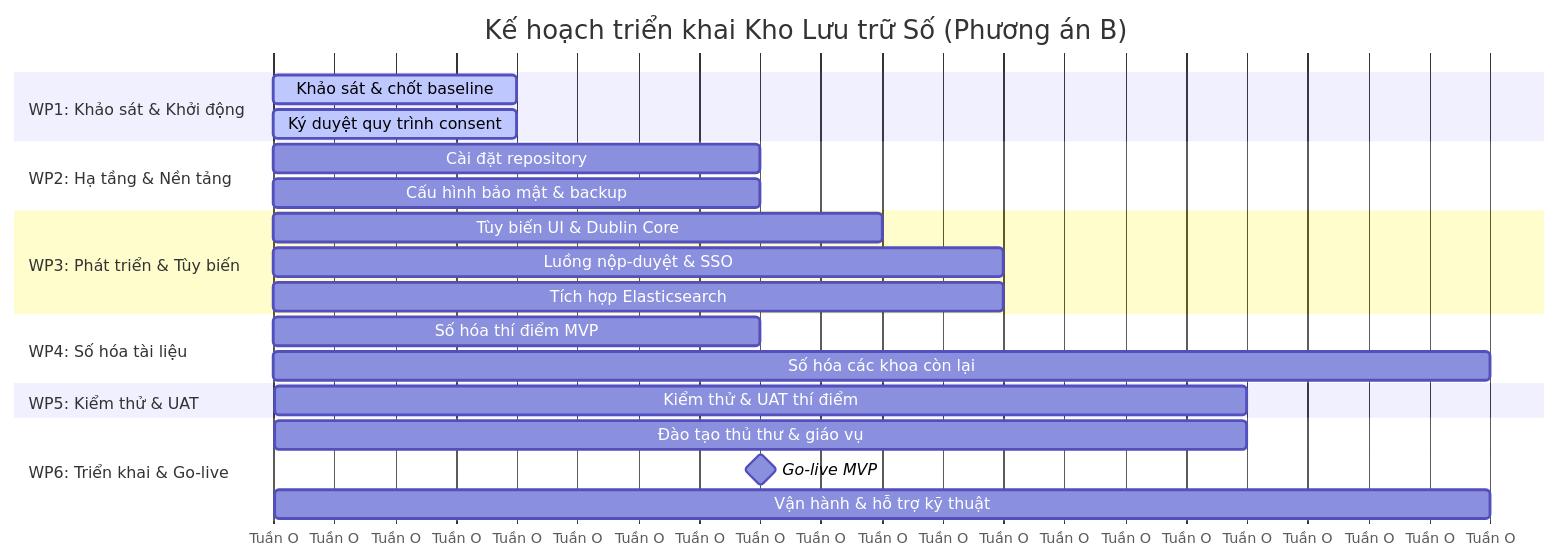
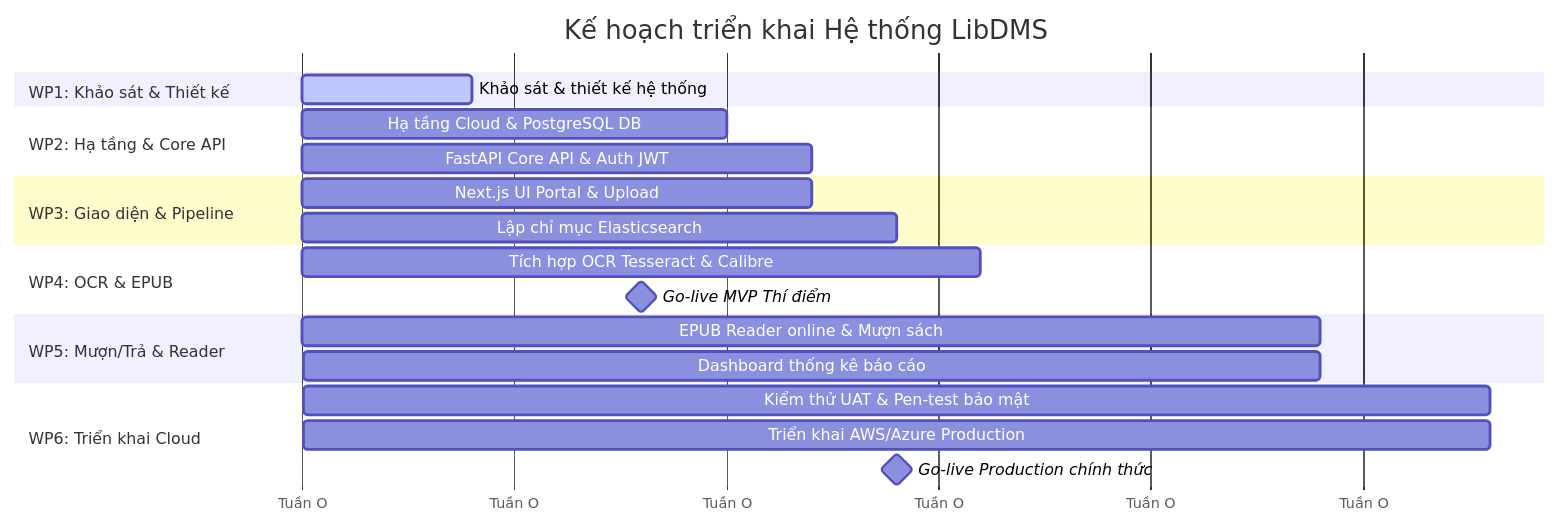
One commit to se-bros/hcmus-projectmanage--lab changed the diagram in docs/images/project_timeline.mmd. Above: the diagram before and after it, drawn with Mermaid. The commit also changed 27 other files, not shown here.

```diff
--- a/docs/images/project_timeline.mmd
+++ b/docs/images/project_timeline.mmd
@@ -1,30 +1,29 @@
-%%{init: { 'gantt': { 'leftPadding': 180 } } }%%
+%%{init: { 'gantt': { 'leftPadding': 200 } } }%%
 gantt
-    title Kế hoạch triển khai Kho Lưu trữ Số (Phương án B)
+    title Kế hoạch triển khai Hệ thống LibDMS
     dateFormat  X
     axisFormat Tuần %O
     
-    section WP1: Khảo sát & Khởi động
-    Khảo sát & chốt baseline :active, wp1_1, 0, 4
-    Ký duyệt quy trình consent :active, wp1_2, 0, 4
+    section WP1: Khảo sát & Thiết kế
+    Khảo sát & thiết kế hệ thống :active, wp1_1, 0, 4
     
-    section WP2: Hạ tầng & Nền tảng
-    Cài đặt repository : wp2_1, 4, 8
-    Cấu hình bảo mật & backup : wp2_2, 6, 8
+    section WP2: Hạ tầng & Core API
+    Hạ tầng Cloud & PostgreSQL DB : wp2_1, 4, 10
+    FastAPI Core API & Auth JWT : wp2_2, 6, 12
     
-    section WP3: Phát triển & Tùy biến
-    Tùy biến UI & Dublin Core : wp3_1, 4, 10
-    Luồng nộp-duyệt & SSO : wp3_2, 6, 12
-    Tích hợp Elasticsearch : wp3_3, 8, 12
+    section WP3: Giao diện & Pipeline
+    Next.js UI Portal & Upload : wp3_1, 6, 12
+    Lập chỉ mục Elasticsearch : wp3_2, 10, 14
     
-    section WP4: Số hóa tài liệu
-    Số hóa thí điểm MVP : wp4_1, 4, 8
-    Số hóa các khoa còn lại : wp4_2, 8, 20
+    section WP4: OCR & EPUB
+    Tích hợp OCR Tesseract & Calibre : wp4_1, 8, 16
+    Go-live MVP Thí điểm : milestone, mvp_go, 16, 16
     
-    section WP5: Kiểm thử & UAT
-    Kiểm thử & UAT thí điểm : wp5_1, 12, 16
+    section WP5: Mượn/Trả & Reader
+    EPUB Reader online & Mượn sách : wp5_1, 16, 24
+    Dashboard thống kê báo cáo : wp5_2, 18, 24
     
-    section WP6: Triển khai & Go-live
-    Đào tạo thủ thư & giáo vụ : wp6_1, 14, 16
-    Go-live MVP : milestone, mvp_go, 16, 16
-    Vận hành & hỗ trợ kỹ thuật : wp6_2, 16, 20
+    section WP6: Triển khai Cloud
+    Kiểm thử UAT & Pen-test bảo mật : wp6_1, 24, 28
+    Triển khai AWS/Azure Production : wp6_2, 26, 28
+    Go-live Production chính thức : milestone, prod_go, 28, 28
```
